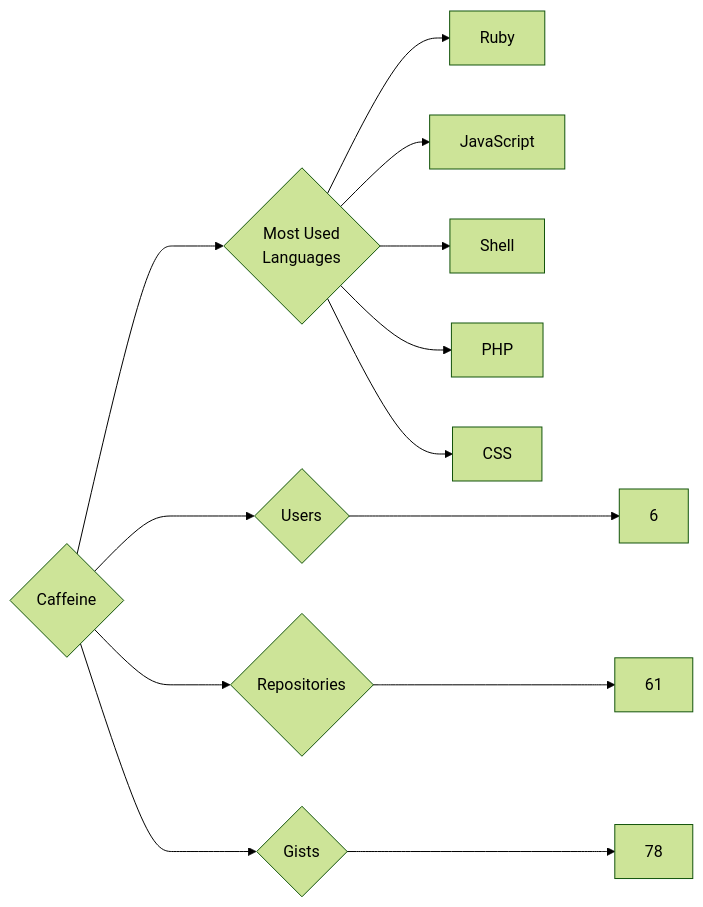
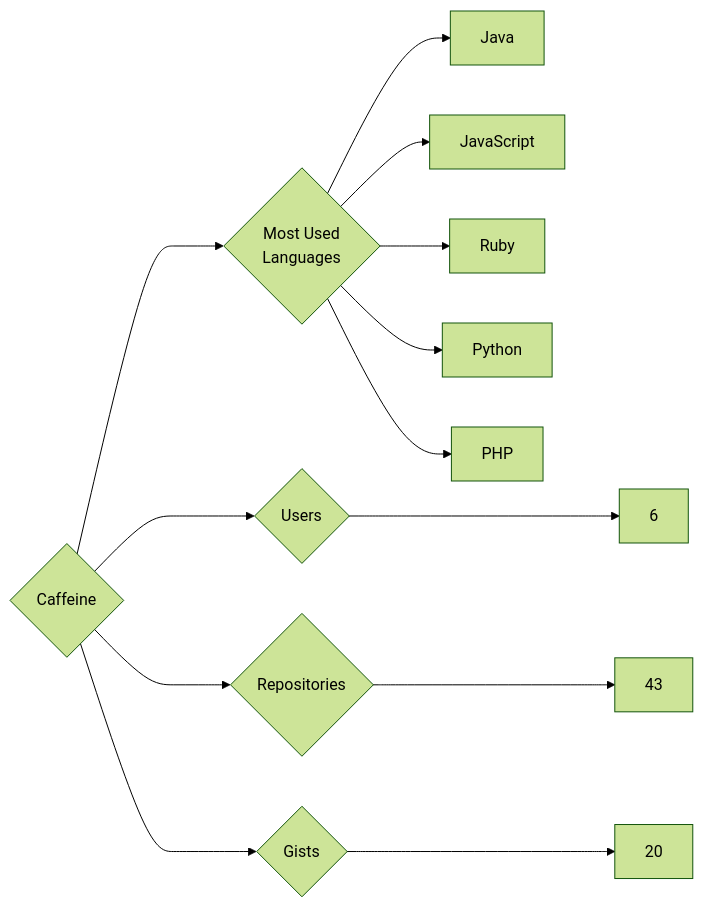
Before and after one commit to trickest/insiders: the diagram in targets/Caffeine/README.md, drawn with Mermaid (forest theme). The commit also changed 1170 other files, not shown here.

````diff
--- a/targets/Caffeine/README.md
+++ b/targets/Caffeine/README.md
@@ -3,13 +3,13 @@
 ```mermaid
 graph LR
 COMPANY_NAME{Caffeine}
 COMPANY_NAME ---> U{Users} ---> UN[6]
-COMPANY_NAME ---> R{Repositories} ---> RN[61]
-COMPANY_NAME ---> G{Gists} ---> GN[78]
+COMPANY_NAME ---> R{Repositories} ---> RN[43]
+COMPANY_NAME ---> G{Gists} ---> GN[20]
 COMPANY_NAME ---> ML{Most Used<br>Languages}
+ML --> Java[Java]
+ML --> JavaScript[JavaScript]
 ML --> Ruby[Ruby]
-ML --> JavaScript[JavaScript]
-ML --> Shell[Shell]
+ML --> Python[Python]
 ML --> PHP[PHP]
-ML --> CSS[CSS]
 ```
````
